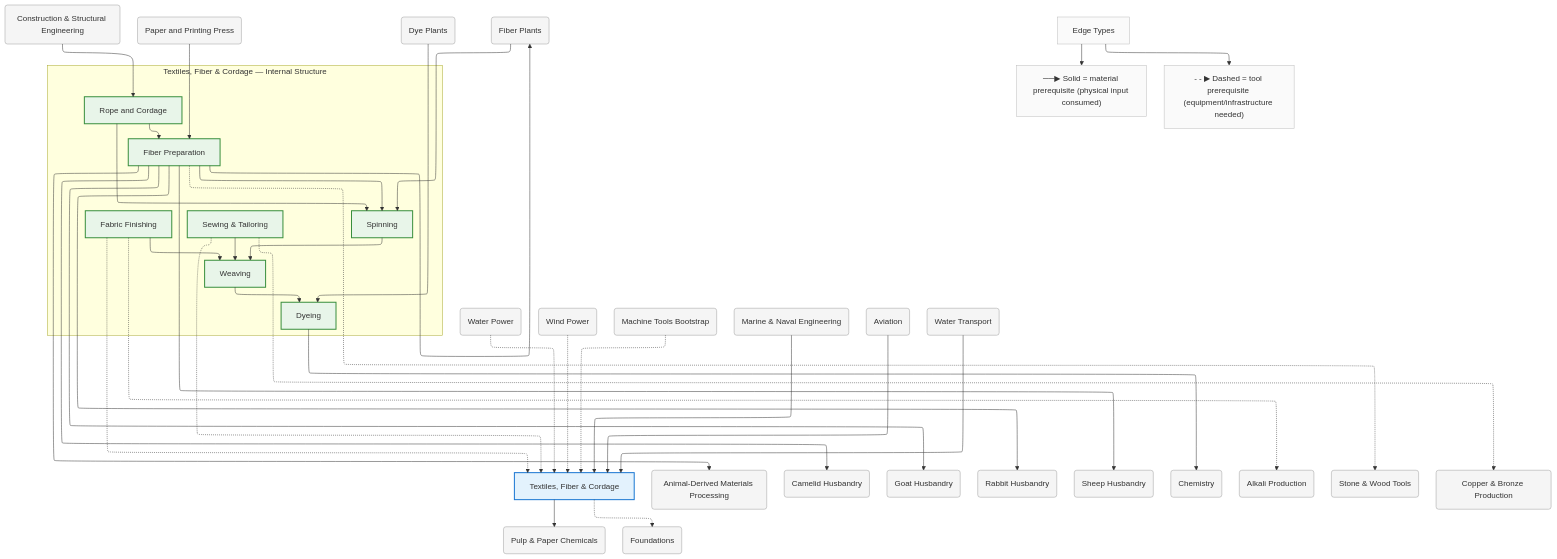
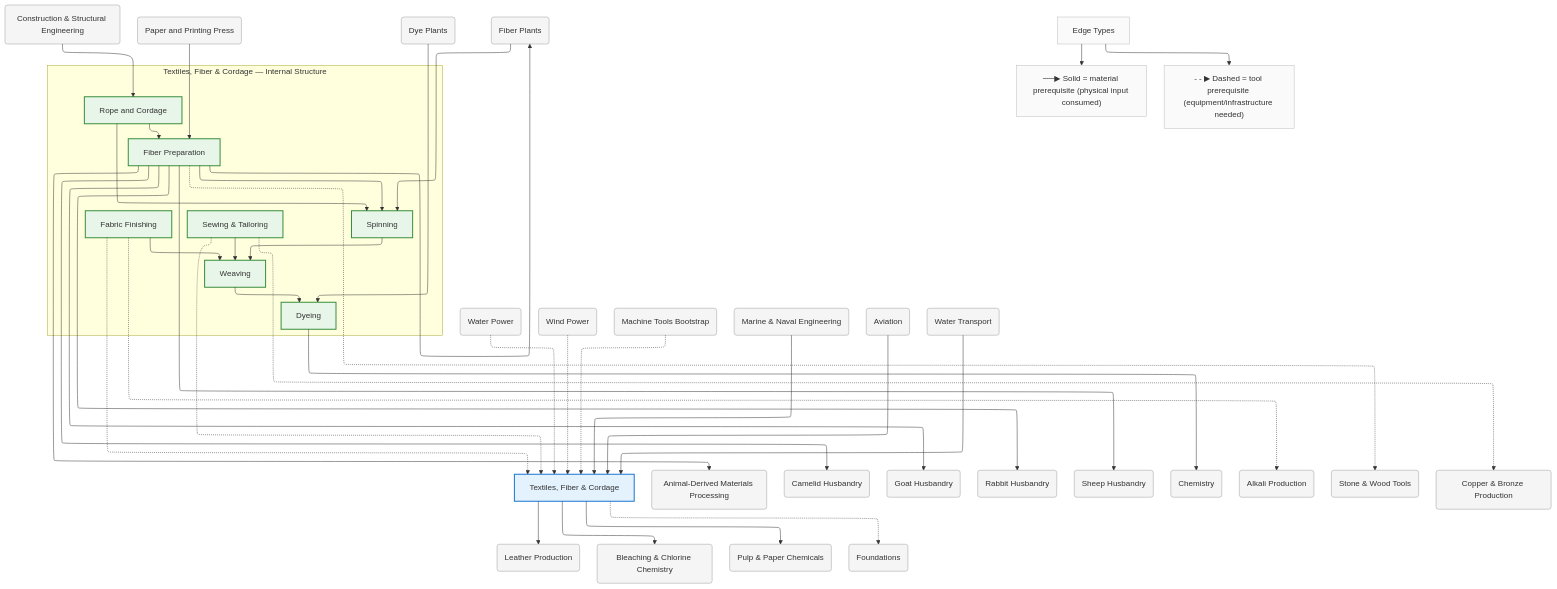
Before and after one commit to egofree/TechTree: the diagram in diagrams/mermaid/textiles.mmd, drawn with Mermaid. The commit also changed 77 other files, not shown here.

First line of the commit message:
chore: regenerate all diagrams after entity additions

```diff
--- a/diagrams/mermaid/textiles.mmd
+++ b/diagrams/mermaid/textiles.mmd
@@ -1,119 +1,125 @@
 %%{init: {"flowchart": {"defaultRenderer": "elk", "htmlLabels": true}}}%%
 graph TD
     %% Domain: Textiles, Fiber & Cordage
 
     %% ==================== INTERNAL NODES ====================
     subgraph textiles_internal ["Textiles, Fiber & Cordage — Internal Structure"]
         direction TB
         textiles_dyeing["Dyeing"]
         textiles_fibers["Fiber Preparation"]
         textiles_finishing["Fabric Finishing"]
         textiles_rope-making["Rope and Cordage"]
         textiles_sewing-tailoring["Sewing & Tailoring"]
         textiles_spinning["Spinning"]
         textiles_weaving["Weaving"]
     end
 
     %% ==================== DOMAIN NODE ====================
     textiles["Textiles, Fiber & Cordage"]
 
     %% ==================== EXTERNAL DEPENDENCIES ====================
     animals_animal-materials("Animal-Derived Materials Processing")
     animals_camelids("Camelid Husbandry")
     animals_goats("Goat Husbandry")
+    animals_leather("Leather Production")
     animals_rabbits("Rabbit Husbandry")
     animals_sheep("Sheep Husbandry")
     chemistry("Chemistry")
     chemistry_alkalis("Alkali Production")
+    chemistry_bleaching("Bleaching & Chlorine Chemistry")
     chemistry_pulp-chemicals("Pulp & Paper Chemicals")
     construction("Construction & Structural Engineering")
     energy_gravity("Water Power")
     energy_wind("Wind Power")
     foundations("Foundations")
     foundations_tools-basic("Stone & Wood Tools")
     knowledge_printing("Paper and Printing Press")
     machine-tools("Machine Tools Bootstrap")
     marine("Marine & Naval Engineering")
     metals_copper-bronze("Copper & Bronze Production")
     plants_dye-plants("Dye Plants")
     plants_fiber-plants("Fiber Plants")
     transport_aviation("Aviation")
     transport_shipping("Water Transport")
 
     %% ==================== EDGES ====================
     textiles_fibers --> textiles_spinning
     textiles_finishing --> textiles_weaving
     textiles_finishing -.-> textiles
     textiles_rope-making --> textiles_fibers
     textiles_rope-making --> textiles_spinning
     textiles_sewing-tailoring --> textiles_weaving
     textiles_sewing-tailoring -.-> textiles
     textiles_spinning --> textiles_weaving
     textiles_weaving --> textiles_dyeing
     construction --> textiles_rope-making
     energy_gravity -.-> textiles
     energy_wind -.-> textiles
     knowledge_printing --> textiles_fibers
     machine-tools -.-> textiles
     marine --> textiles
     plants_dye-plants --> textiles_dyeing
     plants_fiber-plants --> textiles_spinning
     textiles_dyeing --> chemistry
     textiles_fibers --> animals_animal-materials
     textiles_fibers --> animals_camelids
     textiles_fibers --> animals_goats
     textiles_fibers --> animals_rabbits
     textiles_fibers --> animals_sheep
     textiles_fibers -.-> foundations_tools-basic
     textiles_fibers --> plants_fiber-plants
     textiles_finishing -.-> chemistry_alkalis
     textiles_sewing-tailoring -.-> metals_copper-bronze
+    textiles --> animals_leather
+    textiles --> chemistry_bleaching
     textiles --> chemistry_pulp-chemicals
     textiles -.-> foundations
     transport_aviation --> textiles
     transport_shipping --> textiles
 
     %% ==================== EDGE TYPE LEGEND ====================
     EdgeLegend["Edge Types"]
     EdgeLegend --> MatNote["──▶ Solid = material prerequisite (physical input consumed)"]
     EdgeLegend --> ToolNote["- - ▶ Dashed = tool prerequisite (equipment/infrastructure needed)"]
 
     %% ==================== STYLING ====================
     classDef domain fill:#e3f2fd,stroke:#1976d2,stroke-width:2px
     classDef capability fill:#e8f5e9,stroke:#388e3c,stroke-width:2px
     classDef process fill:#fff3e0,stroke:#f57c00,stroke-width:2px
     classDef critical fill:#fff3e0,stroke:#f57c00,stroke-width:3px
     classDef earlyWin fill:#e8f5e9,stroke:#388e3c,stroke-width:3px
     classDef pinnacle fill:#fce4ec,stroke:#c62828,stroke-width:3px
     classDef external fill:#f5f5f5,stroke:#9e9e9e,stroke-width:1px
     classDef legend fill:#fafafa,stroke:#bdbdbd,stroke-width:1px
     class textiles domain
     class textiles_dyeing capability
     class textiles_fibers capability
     class textiles_finishing capability
     class textiles_rope-making capability
     class textiles_sewing-tailoring capability
     class textiles_spinning capability
     class textiles_weaving capability
     class animals_animal-materials external
     class animals_camelids external
     class animals_goats external
+    class animals_leather external
     class animals_rabbits external
     class animals_sheep external
     class chemistry external
     class chemistry_alkalis external
+    class chemistry_bleaching external
     class chemistry_pulp-chemicals external
     class construction external
     class energy_gravity external
     class energy_wind external
     class foundations external
     class foundations_tools-basic external
     class knowledge_printing external
     class machine-tools external
     class marine external
     class metals_copper-bronze external
     class plants_dye-plants external
     class plants_fiber-plants external
     class transport_aviation external
     class transport_shipping external
     class EdgeLegend,MatNote,ToolNote legend
```
